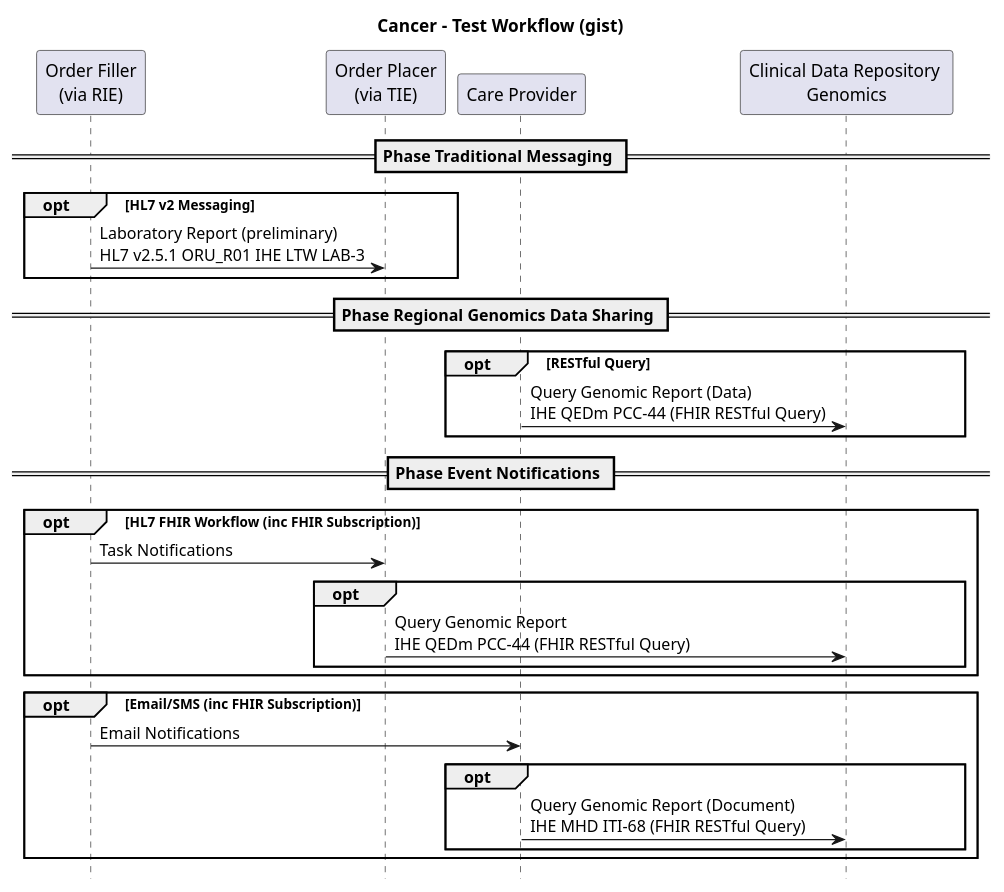
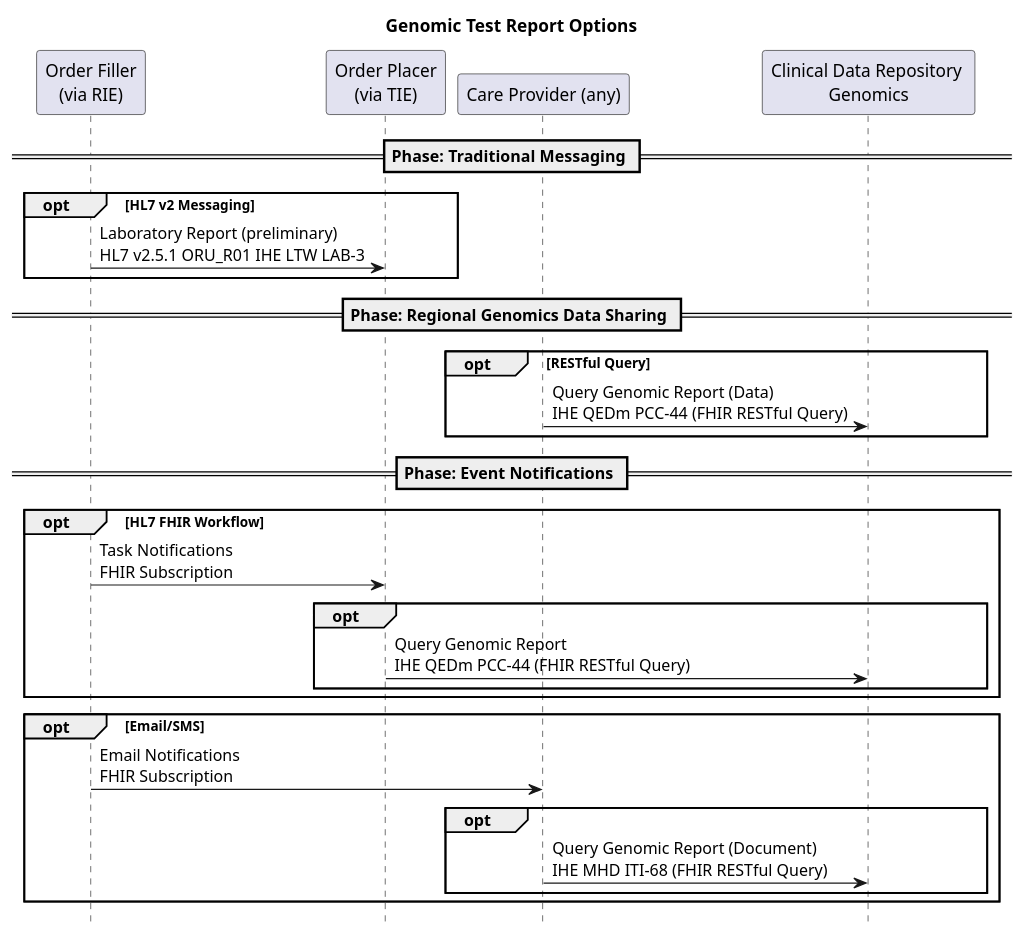
Before and after one commit to nw-gmsa/nw-gmsa.github.com: the diagram in input/images-source/LTW-usecase-4-options.plantuml, drawn with PlantUML.

Commit message:
Modelling overview added

```diff
--- a/input/images-source/LTW-usecase-4-options.plantuml
+++ b/input/images-source/LTW-usecase-4-options.plantuml
@@ -1,41 +1,41 @@
 @startuml
 
 hide footbox
 
-title "Cancer - Test Workflow (gist)"
+title "Genomic Test Report Options"
 
 participant "Order Filler\n(via RIE)" as OrderFiller
 participant "Order Placer\n(via TIE)" as OrderPlacer
-participant "Care Provider" as user
+participant "Care Provider (any)" as user
 participant "Clinical Data Repository \nGenomics" as CDR
 
 
-== Phase Traditional Messaging ==
+== Phase: Traditional Messaging ==
 
 opt HL7 v2 Messaging
   OrderFiller -> OrderPlacer : Laboratory Report (preliminary)\nHL7 v2.5.1 ORU_R01 IHE LTW LAB-3
 end
 
-== Phase Regional Genomics Data Sharing ==
+== Phase: Regional Genomics Data Sharing ==
 
 opt RESTful Query
   user -> CDR : Query Genomic Report (Data)\nIHE QEDm PCC-44 (FHIR RESTful Query)
 end
 
-== Phase Event Notifications ==
+== Phase: Event Notifications ==
 
-opt HL7 FHIR Workflow (inc FHIR Subscription)
-OrderFiller -> OrderPlacer: Task Notifications
+opt HL7 FHIR Workflow
+OrderFiller -> OrderPlacer: Task Notifications\nFHIR Subscription
   opt
     OrderPlacer -> CDR: Query Genomic Report\nIHE QEDm PCC-44 (FHIR RESTful Query)
   end
 end
 
-opt Email/SMS (inc FHIR Subscription)
-OrderFiller -> user: Email Notifications
+opt Email/SMS
+OrderFiller -> user: Email Notifications\nFHIR Subscription
   opt
     user -> CDR: Query Genomic Report (Document)\nIHE MHD ITI-68 (FHIR RESTful Query)
   end
 end
 
 @enduml
```
